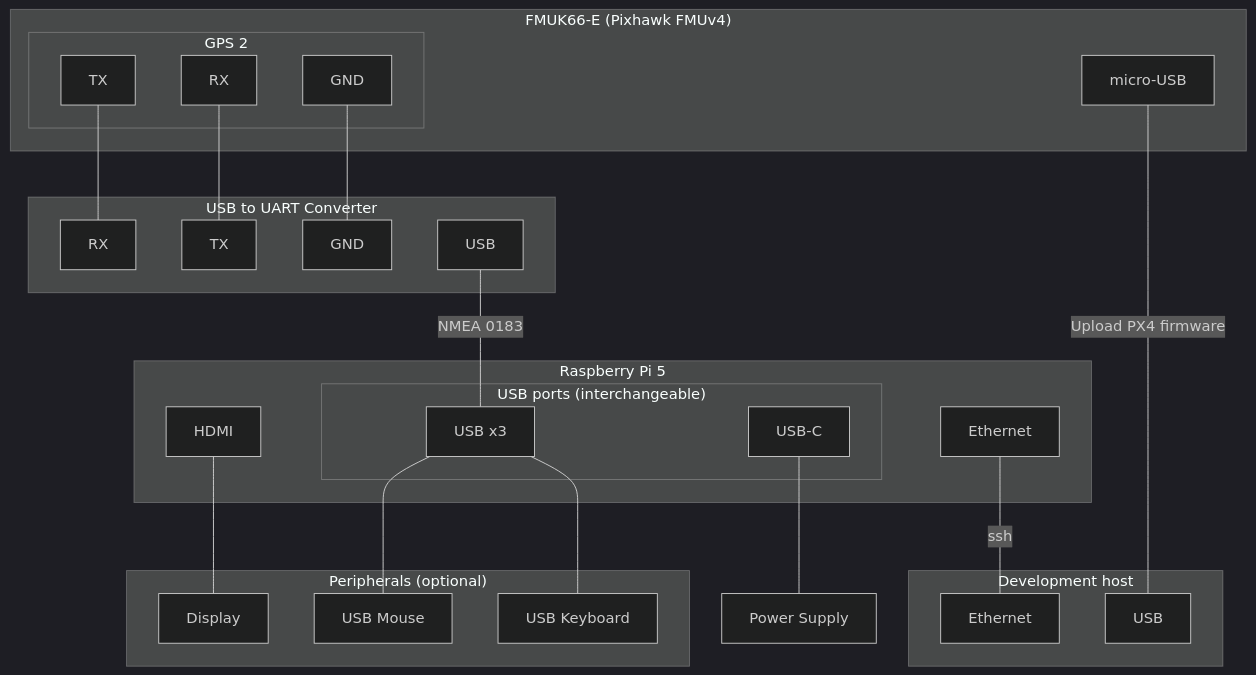
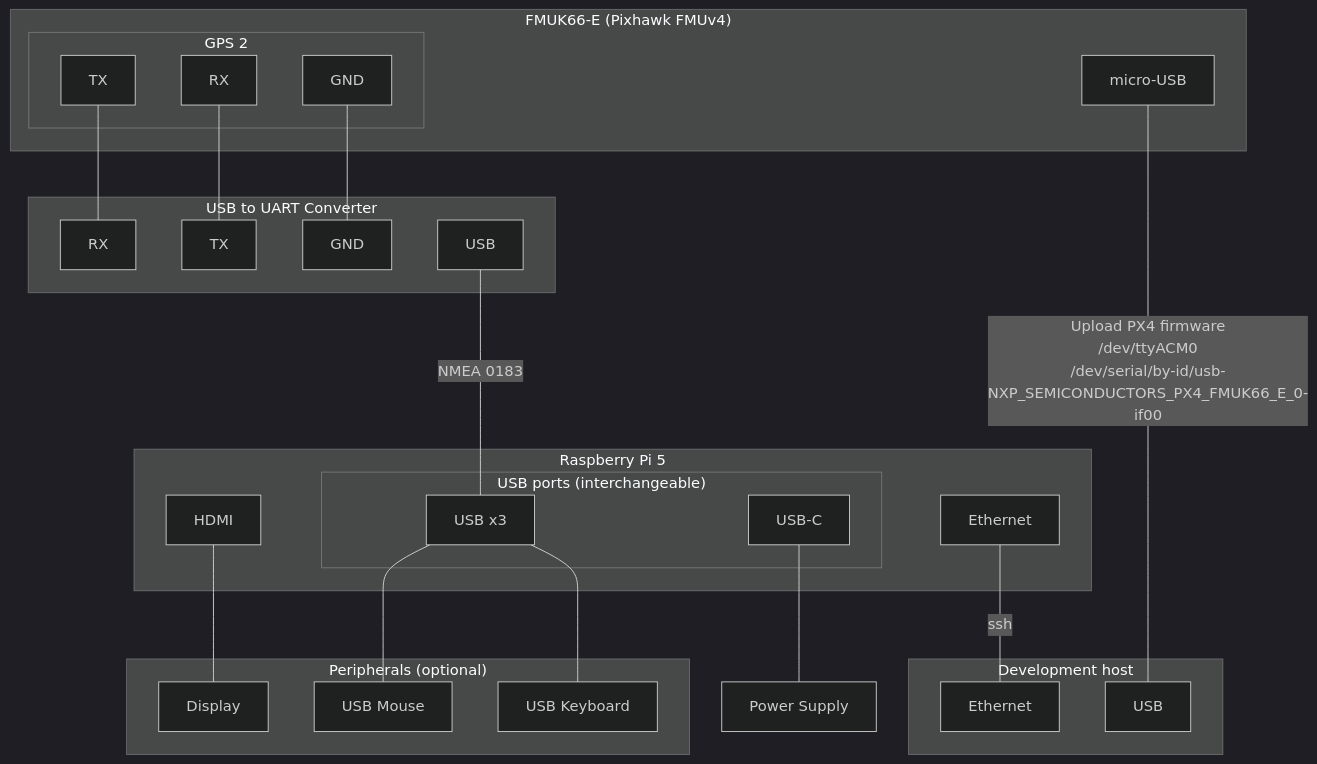
The diagram in docs/vitepress/docs/raspberry-pi-pixhawk.md (hmakelin/gisnav), drawn with Mermaid (dark theme) before and after one commit. The commit also changed other lines of this file and 1 other file, not shown here.

Commit message:
Improve HIL related logging and documentation

````diff
--- a/docs/vitepress/docs/raspberry-pi-pixhawk.md
+++ b/docs/vitepress/docs/raspberry-pi-pixhawk.md
@@ -154,45 +154,45 @@
 ```mermaid
 graph TB
     subgraph "FMUK66-E (Pixhawk FMUv4)"
         subgraph "GPS 2"
             FMU_TELEM1_RX[RX]
             FMU_TELEM1_TX[TX]
             FMU_TELEM1_GND[GND]
         end
         FMU_USB[micro-USB]
     end
     subgraph "Development host"
         Laptop_ETH[Ethernet]
         Laptop_USB[USB]
     end
     subgraph "Raspberry Pi 5"
         subgraph USB["USB ports (interchangeable)"]
             Pi_USB[USB x3]
             Pi_USB_C["USB-C"]
         end
         Pi_HDMI[HDMI]
         Pi_ETH[Ethernet]
     end
     subgraph "USB to UART Converter"
         Converter_RX[RX]
         Converter_TX[TX]
         Converter_GND[GND]
         Converter_USB[USB]
     end
     Socket[Power Supply]
     subgraph "Peripherals (optional)"
         Display[Display]
         Mouse[USB Mouse]
         Keyboard[USB Keyboard]
     end
     FMU_TELEM1_TX --- Converter_RX
     FMU_TELEM1_RX --- Converter_TX
     FMU_TELEM1_GND --- Converter_GND
-    FMU_USB ---|Upload PX4 firmware| Laptop_USB
+    FMU_USB ---|Upload PX4 firmware\n/dev/ttyACM0\n/dev/serial/by-id/usb-NXP_SEMICONDUCTORS_PX4_FMUK66_E_0-if00| Laptop_USB
     Converter_USB ---|NMEA 0183| Pi_USB
     Pi_USB_C --- Socket
     Pi_HDMI --- Display
     Pi_USB --- Mouse
     Pi_USB --- Keyboard
     Pi_ETH ---|ssh| Laptop_ETH
 ```
````
